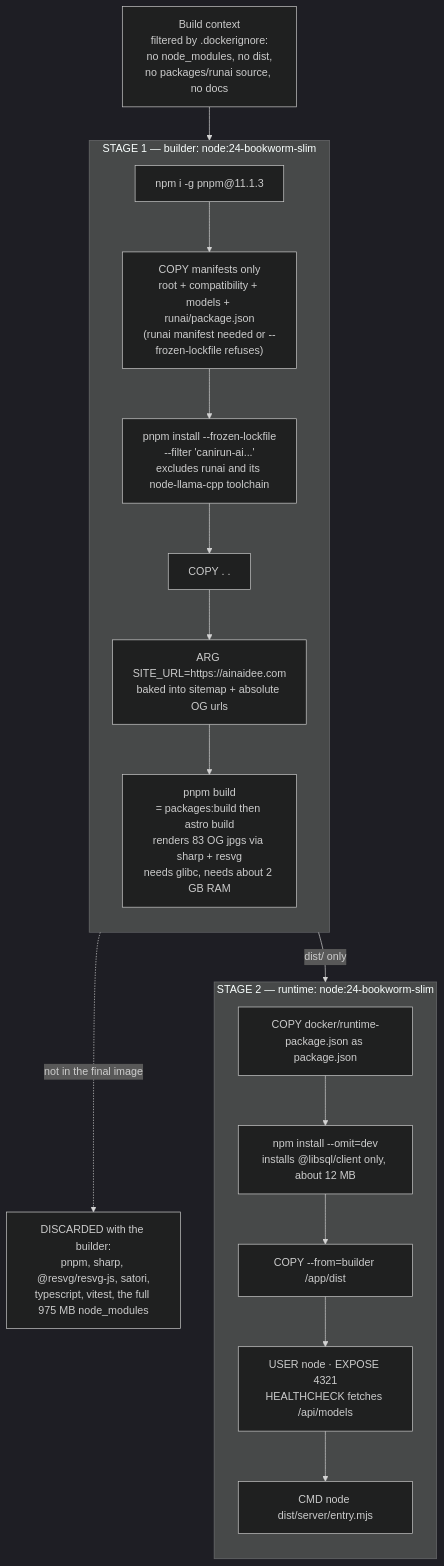
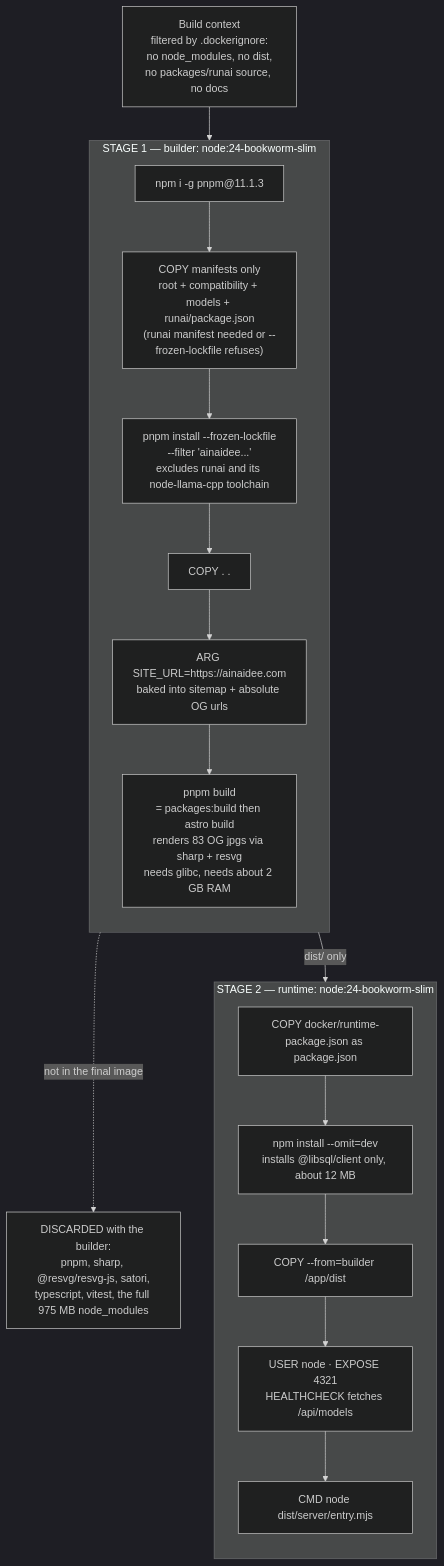
The second of 4 diagrams in docs/deploy-architecture-v2.md (kovitking/AiNaiDee), drawn with Mermaid before and after one commit. The commit also changed 18 other files, not shown here.

````diff
--- a/docs/deploy-architecture-v2.md
+++ b/docs/deploy-architecture-v2.md
@@ -71,32 +71,32 @@
 ```mermaid
 %%{init: {'theme': 'dark'}}%%
 flowchart TB
     ctx["Build context<br/>filtered by .dockerignore:<br/>no node_modules, no dist,<br/>no packages/runai source, no docs"]
 
     subgraph b["STAGE 1 — builder: node:24-bookworm-slim"]
         direction TB
         b1["npm i -g pnpm@11.1.3"]
         b2["COPY manifests only<br/>root + compatibility + models + runai/package.json<br/>(runai manifest needed or --frozen-lockfile refuses)"]
-        b3["pnpm install --frozen-lockfile<br/>--filter 'canirun-ai...'<br/>excludes runai and its node-llama-cpp toolchain"]
+        b3["pnpm install --frozen-lockfile<br/>--filter 'ainaidee...'<br/>excludes runai and its node-llama-cpp toolchain"]
         b4["COPY . ."]
         b5["ARG SITE_URL=https://ainaidee.com<br/>baked into sitemap + absolute OG urls"]
         b6["pnpm build<br/>= packages:build then astro build<br/>renders 83 OG jpgs via sharp + resvg<br/>needs glibc, needs about 2 GB RAM"]
         b1 --> b2 --> b3 --> b4 --> b5 --> b6
     end
 
     subgraph r["STAGE 2 — runtime: node:24-bookworm-slim"]
         direction TB
         r1["COPY docker/runtime-package.json as package.json"]
         r2["npm install --omit=dev<br/>installs @libsql/client only, about 12 MB"]
         r3["COPY --from=builder /app/dist"]
         r4["USER node · EXPOSE 4321<br/>HEALTHCHECK fetches /api/models"]
         r5["CMD node dist/server/entry.mjs"]
         r1 --> r2 --> r3 --> r4 --> r5
     end
 
     disc["DISCARDED with the builder:<br/>pnpm, sharp, @resvg/resvg-js, satori,<br/>typescript, vitest, the full 975 MB node_modules"]
 
     ctx --> b
     b6 -->|"dist/ only"| r3
     b -.->|"not in the final image"| disc
 ```
````
